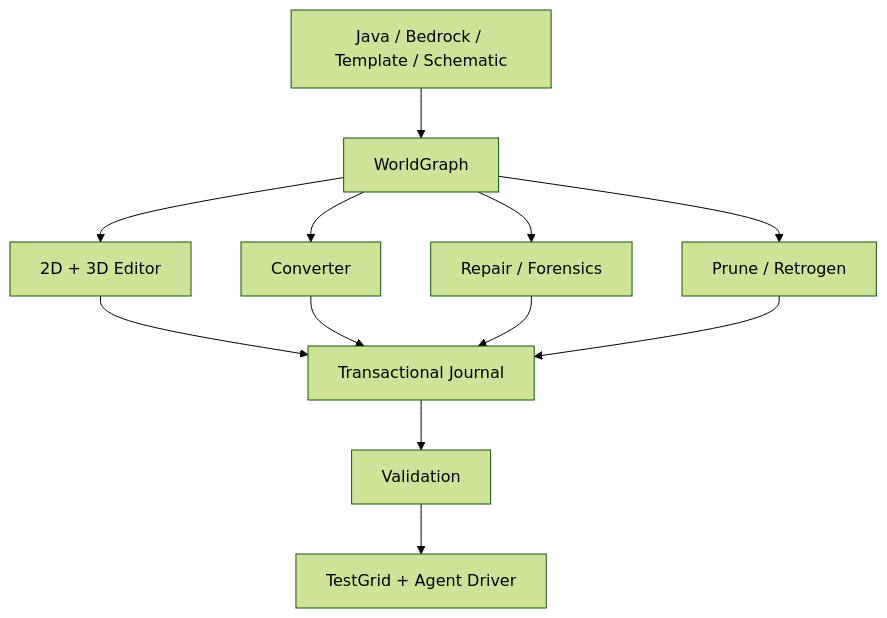
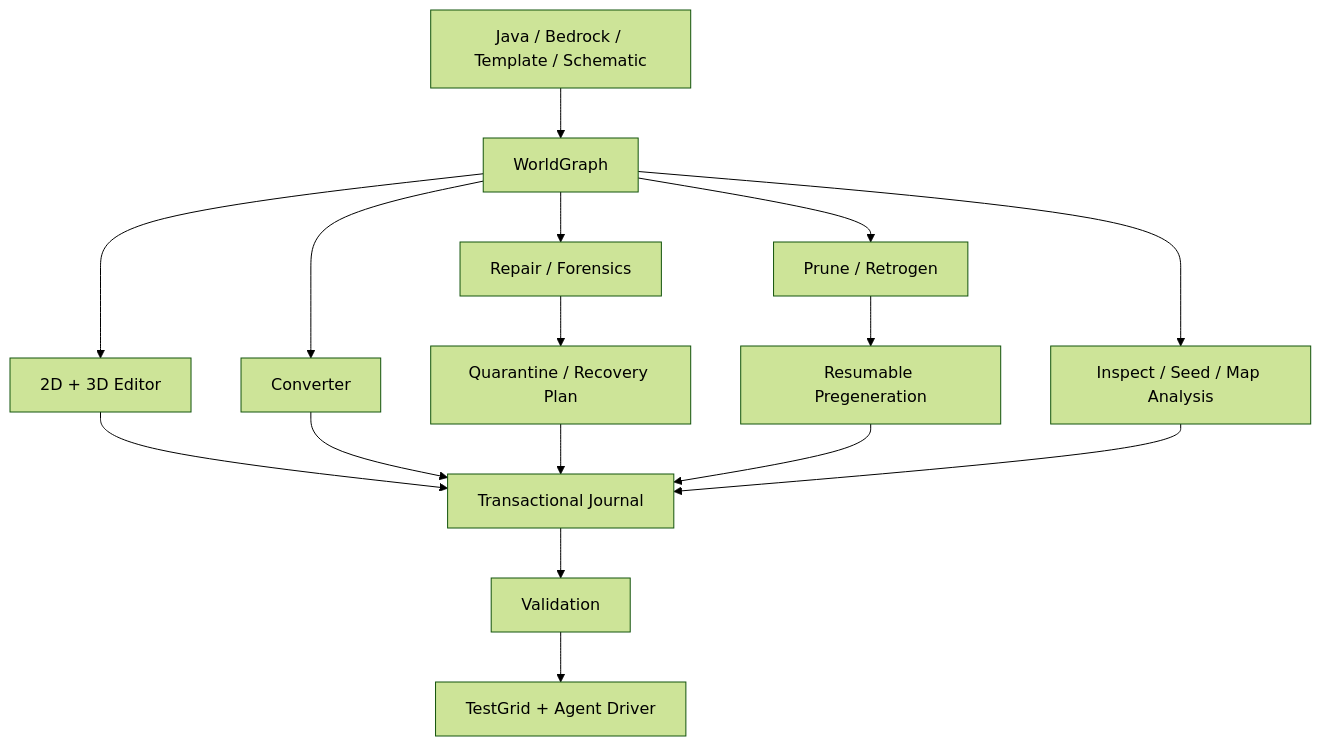
Before and after one commit to Herbertofury/Minecraft-Mod-Vault: the diagram in wiki/WorldForge.md, drawn with Mermaid (forest theme). The commit also changed other lines of this file, not shown here.

````diff
--- a/wiki/WorldForge.md
+++ b/wiki/WorldForge.md
@@ -40,14 +48,18 @@
 ```mermaid
 flowchart TB
   S[Java / Bedrock / Template / Schematic] --> G[WorldGraph]
   G --> E[2D + 3D Editor]
   G --> C[Converter]
   G --> R[Repair / Forensics]
   G --> P[Prune / Retrogen]
+  G --> I[Inspect / Seed / Map Analysis]
+  R --> Q[Quarantine / Recovery Plan]
+  P --> PG[Resumable Pregeneration]
   E --> TX[Transactional Journal]
   C --> TX
-  R --> TX
-  P --> TX
+  Q --> TX
+  PG --> TX
+  I --> TX
   TX --> V[Validation]
   V --> T[TestGrid + Agent Driver]
 ```
````
